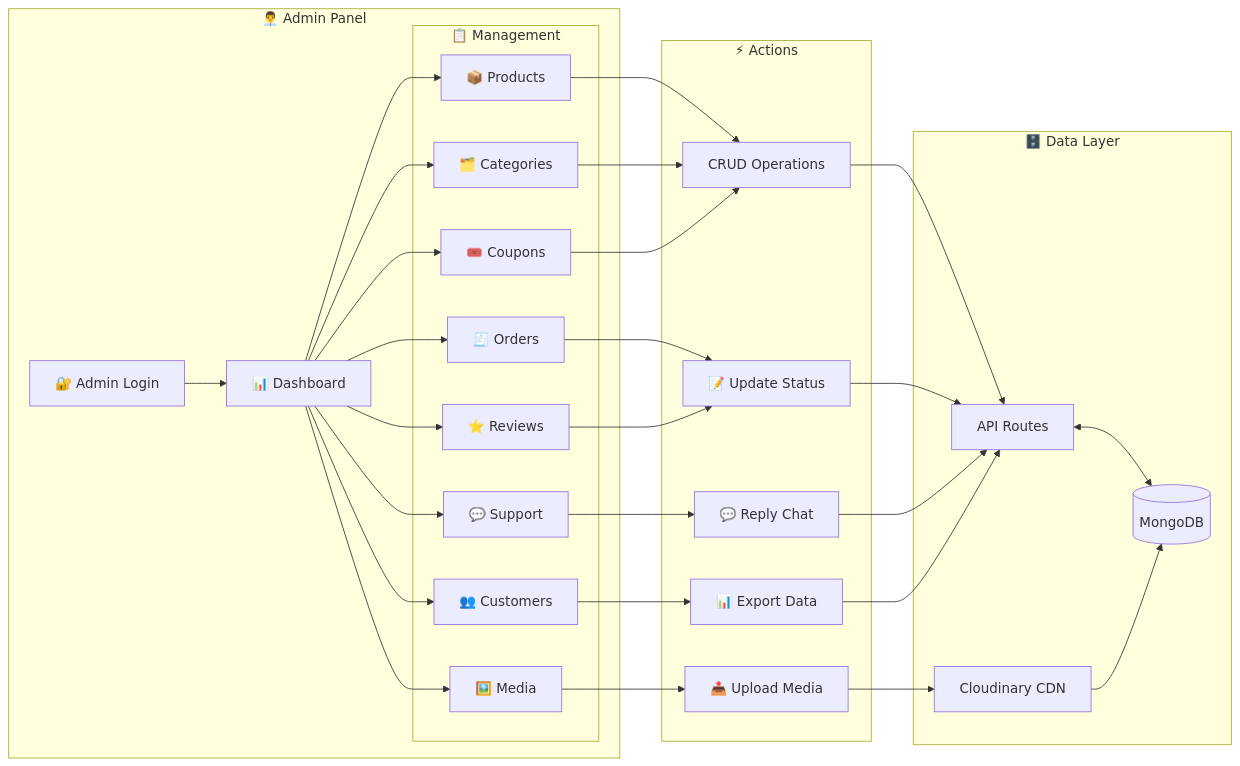
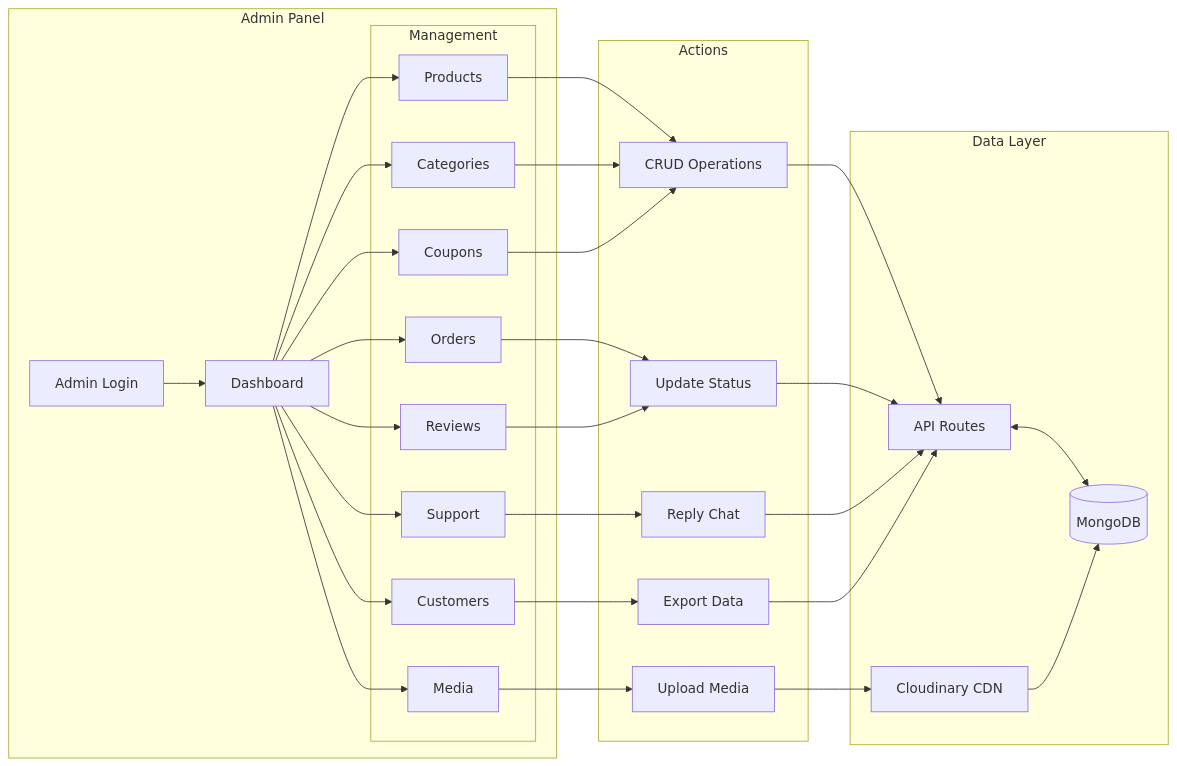
Before and after one commit to CodeCommandBD/MERN_E-COM: the fourth of 4 diagrams in README.md, drawn with Mermaid. The commit also changed other lines of this file, not shown here.

````diff
--- a/README.md
+++ b/README.md
@@ -386,53 +386,53 @@
 ```mermaid
 flowchart LR
-    subgraph ADMIN["👨‍💼 Admin Panel"]
-        LOGIN["🔐 Admin Login"]
-        DASH["📊 Dashboard"]
+    subgraph ADMIN[" Admin Panel"]
+        LOGIN[" Admin Login"]
+        DASH[" Dashboard"]
         
-        subgraph MANAGE["📋 Management"]
-            PROD["📦 Products"]
-            CAT["🗂️ Categories"]
-            ORD["🧾 Orders"]
-            CUST["👥 Customers"]
-            REV["⭐ Reviews"]
-            COUP["🎟️ Coupons"]
-            MED["🖼️ Media"]
-            SUP["💬 Support"]
+        subgraph MANAGE[" Management"]
+            PROD[" Products"]
+            CAT[" Categories"]
+            ORD[" Orders"]
+            CUST[" Customers"]
+            REV[" Reviews"]
+            COUP[" Coupons"]
+            MED[" Media"]
+            SUP[" Support"]
         end
     end
     
-    subgraph ACTIONS["⚡ Actions"]
+    subgraph ACTIONS[" Actions"]
         CRUD["CRUD Operations"]
-        UPLOAD["📤 Upload Media"]
-        STATUS["📝 Update Status"]
-        REPLY["💬 Reply Chat"]
-        EXPORT["📊 Export Data"]
+        UPLOAD[" Upload Media"]
+        STATUS[" Update Status"]
+        REPLY[" Reply Chat"]
+        EXPORT[" Export Data"]
     end
     
-    subgraph DATA["🗄️ Data Layer"]
+    subgraph DATA[" Data Layer"]
         API["API Routes"]
         DB[("MongoDB")]
         CDN["Cloudinary CDN"]
     end
     
     LOGIN --> DASH
     DASH --> PROD & CAT & ORD & CUST & REV & COUP & MED & SUP
     
     PROD --> CRUD
     CAT --> CRUD
     ORD --> STATUS
     CUST --> EXPORT
     REV --> STATUS
     COUP --> CRUD
     MED --> UPLOAD
     SUP --> REPLY
     
     CRUD --> API
     UPLOAD --> CDN
     STATUS --> API
     REPLY --> API
     EXPORT --> API
     
     API <--> DB
     CDN --> DB
 ```
````
